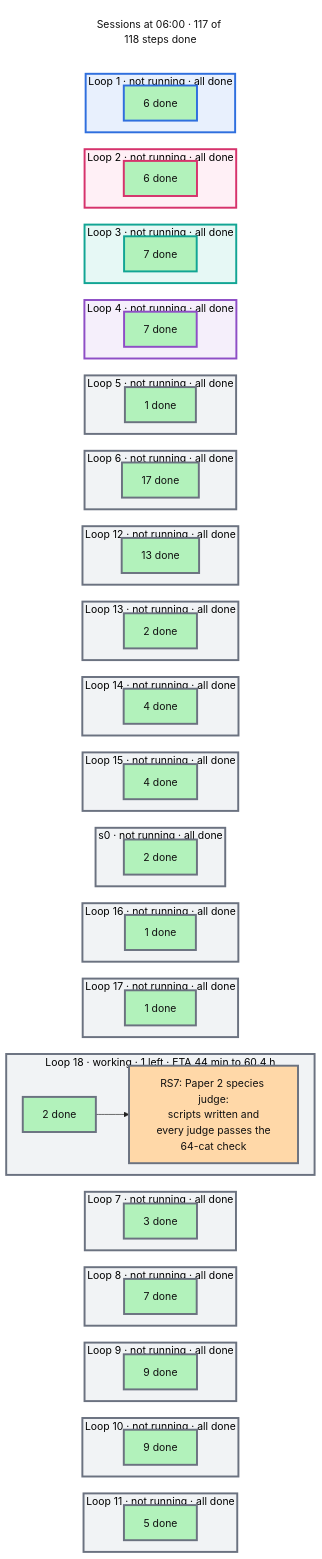
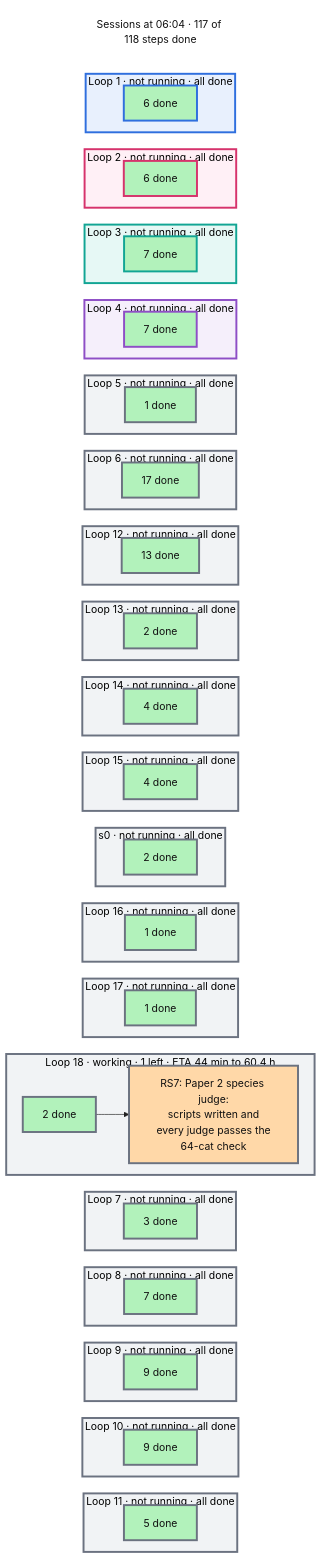
Before and after one commit to mo-rsa24/concept-composition: the diagram in artifacts/notes/progress/sessions.mmd, drawn with Mermaid. The commit also changed 8 other files, not shown here.

```diff
--- a/artifacts/notes/progress/sessions.mmd
+++ b/artifacts/notes/progress/sessions.mmd
@@ -1,124 +1,124 @@
 %%{init: {'theme': 'base', 'themeVariables': {'fontFamily': 'monospace', 'primaryColor': '#ffffff', 'primaryBorderColor': '#222222', 'primaryTextColor': '#111111', 'lineColor': '#222222'}, 'flowchart': {'nodeSpacing': 16, 'rankSpacing': 26}}}%%
 flowchart TB
   classDef done fill:#b2f2bb,color:#111111
   classDef doing fill:#ffd8a8,color:#111111
   classDef todo fill:#e9ecef,color:#111111
   classDef note fill:#ffffff,stroke:#c92a2a,stroke-dasharray:5 5,color:#c92a2a
-  now["Sessions at 06:00 · 117 of 118 steps done"]
+  now["Sessions at 06:04 · 117 of 118 steps done"]
   style now fill:#ffffff,stroke:#ffffff,color:#111111
   subgraph L0["Loop 1 · not running · all done"]
     direction LR
     d0["6 done"]:::done
   end
   subgraph L1["Loop 2 · not running · all done"]
     direction LR
     d1["6 done"]:::done
   end
   subgraph L2["Loop 3 · not running · all done"]
     direction LR
     d2["7 done"]:::done
   end
   subgraph L3["Loop 4 · not running · all done"]
     direction LR
     d3["7 done"]:::done
   end
   subgraph L4["Loop 5 · not running · all done"]
     direction LR
     d4["1 done"]:::done
   end
   subgraph L5["Loop 6 · not running · all done"]
     direction LR
     d5["17 done"]:::done
   end
   subgraph L6["Loop 12 · not running · all done"]
     direction LR
     d6["13 done"]:::done
   end
   subgraph L7["Loop 13 · not running · all done"]
     direction LR
     d7["2 done"]:::done
   end
   subgraph L8["Loop 14 · not running · all done"]
     direction LR
     d8["4 done"]:::done
   end
   subgraph L9["Loop 15 · not running · all done"]
     direction LR
     d9["4 done"]:::done
   end
   subgraph L10["s0 · not running · all done"]
     direction LR
     d10["2 done"]:::done
   end
   subgraph L11["Loop 16 · not running · all done"]
     direction LR
     d11["1 done"]:::done
   end
   subgraph L12["Loop 17 · not running · all done"]
     direction LR
     d12["1 done"]:::done
   end
   subgraph L13["Loop 18 · working · 1 left · ETA 44 min to 60.4 h"]
     direction LR
     d13["2 done"]:::done --> n_RS7["RS7: Paper 2 species judge:<br/>scripts written and<br/>every judge passes the<br/>64-cat check"]:::doing
   end
   subgraph L14["Loop 7 · not running · all done"]
     direction LR
     d14["3 done"]:::done
   end
   subgraph L15["Loop 8 · not running · all done"]
     direction LR
     d15["7 done"]:::done
   end
   subgraph L16["Loop 9 · not running · all done"]
     direction LR
     d16["9 done"]:::done
   end
   subgraph L17["Loop 10 · not running · all done"]
     direction LR
     d17["9 done"]:::done
   end
   subgraph L18["Loop 11 · not running · all done"]
     direction LR
     d18["5 done"]:::done
   end
   now ~~~ L0 ~~~ L1 ~~~ L2 ~~~ L3 ~~~ L4 ~~~ L5 ~~~ L6 ~~~ L7 ~~~ L8 ~~~ L9 ~~~ L10 ~~~ L11 ~~~ L12 ~~~ L13 ~~~ L14 ~~~ L15 ~~~ L16 ~~~ L17 ~~~ L18
   style L0 fill:#e8f0fd,stroke:#2f6fde,stroke-width:3px
   style d0 stroke:#2f6fde,stroke-width:3px
   style L1 fill:#fff0f6,stroke:#d6336c,stroke-width:3px
   style d1 stroke:#d6336c,stroke-width:3px
   style L2 fill:#e6f8f5,stroke:#12a594,stroke-width:3px
   style d2 stroke:#12a594,stroke-width:3px
   style L3 fill:#f5effb,stroke:#8e4ec6,stroke-width:3px
   style d3 stroke:#8e4ec6,stroke-width:3px
   style L4 fill:#f1f3f5,stroke:#6b7280,stroke-width:3px
   style d4 stroke:#6b7280,stroke-width:3px
   style L5 fill:#f1f3f5,stroke:#6b7280,stroke-width:3px
   style d5 stroke:#6b7280,stroke-width:3px
   style L6 fill:#f1f3f5,stroke:#6b7280,stroke-width:3px
   style d6 stroke:#6b7280,stroke-width:3px
   style L7 fill:#f1f3f5,stroke:#6b7280,stroke-width:3px
   style d7 stroke:#6b7280,stroke-width:3px
   style L8 fill:#f1f3f5,stroke:#6b7280,stroke-width:3px
   style d8 stroke:#6b7280,stroke-width:3px
   style L9 fill:#f1f3f5,stroke:#6b7280,stroke-width:3px
   style d9 stroke:#6b7280,stroke-width:3px
   style L10 fill:#f1f3f5,stroke:#6b7280,stroke-width:3px
   style d10 stroke:#6b7280,stroke-width:3px
   style L11 fill:#f1f3f5,stroke:#6b7280,stroke-width:3px
   style d11 stroke:#6b7280,stroke-width:3px
   style L12 fill:#f1f3f5,stroke:#6b7280,stroke-width:3px
   style d12 stroke:#6b7280,stroke-width:3px
   style L13 fill:#f1f3f5,stroke:#6b7280,stroke-width:3px
   style d13 stroke:#6b7280,stroke-width:3px
   style n_RS7 stroke:#6b7280,stroke-width:3px
   style L14 fill:#f1f3f5,stroke:#6b7280,stroke-width:3px
   style d14 stroke:#6b7280,stroke-width:3px
   style L15 fill:#f1f3f5,stroke:#6b7280,stroke-width:3px
   style d15 stroke:#6b7280,stroke-width:3px
   style L16 fill:#f1f3f5,stroke:#6b7280,stroke-width:3px
   style d16 stroke:#6b7280,stroke-width:3px
   style L17 fill:#f1f3f5,stroke:#6b7280,stroke-width:3px
   style d17 stroke:#6b7280,stroke-width:3px
   style L18 fill:#f1f3f5,stroke:#6b7280,stroke-width:3px
   style d18 stroke:#6b7280,stroke-width:3px
```
